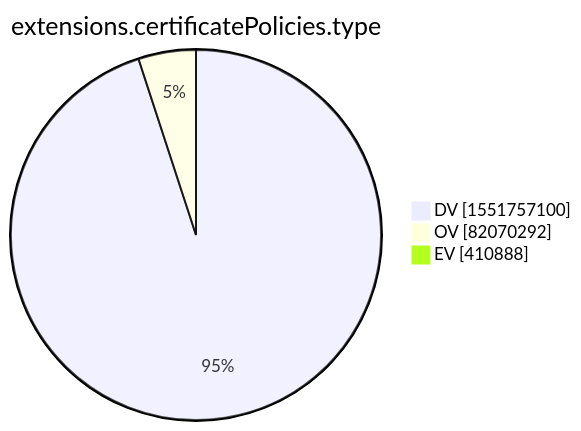
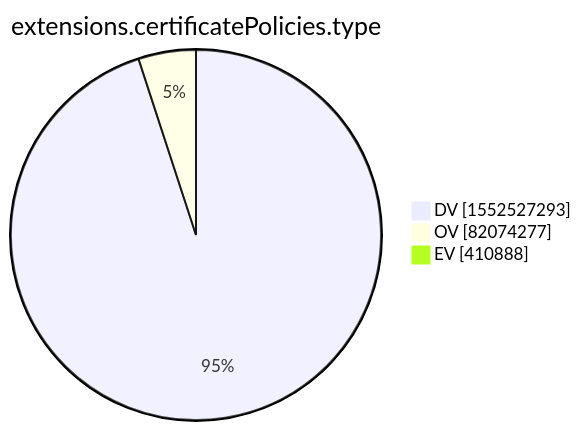
Before and after one commit to christiankrug/ctmonitor_visualization: the tenth of 15 diagrams in xenon2022/README.md, drawn with Mermaid. The commit also changed other lines of this file, not shown here.

````diff
--- a/xenon2022/README.md
+++ b/xenon2022/README.md
@@ -2876,7 +2876,7 @@
 ```mermaid
 pie showData
 title extensions.certificatePolicies.type
-"DV" :1551757100
-"OV" :82070292
+"DV" :1552527293
+"OV" :82074277
 "EV" :410888
 ```
````
